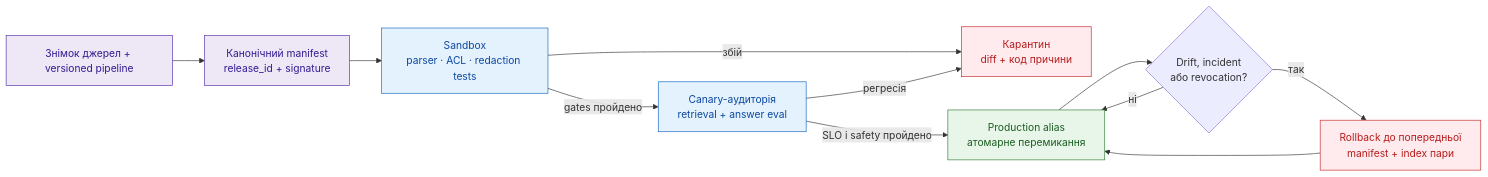
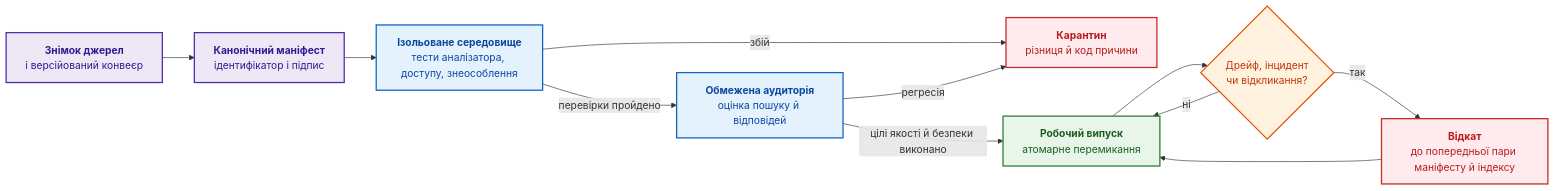
The eighth of 9 diagrams in ExpertSystem/ch10-knowledge-acquisition-systems.md (nick-fedchik/articles), drawn with Mermaid before and after one commit. The commit also changed other lines of this file, not shown here.

````diff
--- a/ExpertSystem/ch10-knowledge-acquisition-systems.md
+++ b/ExpertSystem/ch10-knowledge-acquisition-systems.md
@@ -803,26 +638,28 @@
 ```mermaid
 flowchart LR
-    accTitle: Конвеєр релізу бази знань
-    accDescr: Поетапна публікація знімка знань від підписання маніфесту через пісочницю та canary-групу до production.
+    accTitle: Поетапний випуск бази знань
+    accDescr: Знімок джерел і версійований конвеєр дають підписаний маніфест, випуск проходить ізольоване середовище, обмежену аудиторію й атомарне перемикання робочого випуску з можливістю відкату.
 
-    Build["Знімок джерел + versioned pipeline"] --> Manifest["Канонічний manifest<br/>release_id + signature"]
-    Manifest --> Sandbox["Sandbox<br/>parser · ACL · redaction tests"]
-    Sandbox -->|"gates пройдено"| Canary["Canary-аудиторія<br/>retrieval + answer eval"]
-    Sandbox -->|"збій"| Quarantine["Карантин<br/>diff + код причини"]
-    Canary -->|"SLO і safety пройдено"| Production["Production alias<br/>атомарне перемикання"]
+    Build["<b>Знімок джерел</b><br/>і версійований конвеєр"] --> Manifest["<b>Канонічний маніфест</b><br/>ідентифікатор і підпис"]
+    Manifest --> Sandbox["<b>Ізольоване середовище</b><br/>тести аналізатора, доступу, знеособлення"]
+    Sandbox -->|"перевірки пройдено"| Canary["<b>Обмежена аудиторія</b><br/>оцінка пошуку й відповідей"]
+    Sandbox -->|"збій"| Quarantine["<b>Карантин</b><br/>різниця й код причини"]
+    Canary -->|"цілі якості й безпеки виконано"| Production["<b>Робочий випуск</b><br/>атомарне перемикання"]
     Canary -->|"регресія"| Quarantine
-    Production --> Monitor{"Drift, incident<br/>або revocation?"}
+    Production --> Monitor{"Дрейф, інцидент<br/>чи відкликання?"}
     Monitor -->|"ні"| Production
-    Monitor -->|"так"| Rollback["Rollback до попередньої<br/>manifest + index пари"]
+    Monitor -->|"так"| Rollback["<b>Відкат</b><br/>до попередньої пари маніфесту й індексу"]
     Rollback --> Production
 
-    classDef prep fill:#ede7f6,stroke:#512da8,color:#311b92;
-    classDef test fill:#e3f2fd,stroke:#1565c0,color:#0d47a1;
-    classDef prod fill:#e8f5e9,stroke:#2e7d32,color:#1b5e20;
-    classDef bad fill:#ffebee,stroke:#c62828,color:#b71c1c;
+    classDef prep fill:#ede7f6,stroke:#512da8,stroke-width:2px,color:#311b92;
+    classDef test fill:#e3f2fd,stroke:#1565c0,stroke-width:2px,color:#0d47a1;
+    classDef prod fill:#e8f5e9,stroke:#2e7d32,stroke-width:2px,color:#1b5e20;
+    classDef bad fill:#ffebee,stroke:#c62828,stroke-width:2px,color:#b71c1c;
+    classDef mon fill:#fff3e0,stroke:#e65100,stroke-width:2px,color:#bf360c;
 
     class Build,Manifest prep;
     class Sandbox,Canary test;
     class Production prod;
     class Quarantine,Rollback bad;
+    class Monitor mon;
 ```
````
